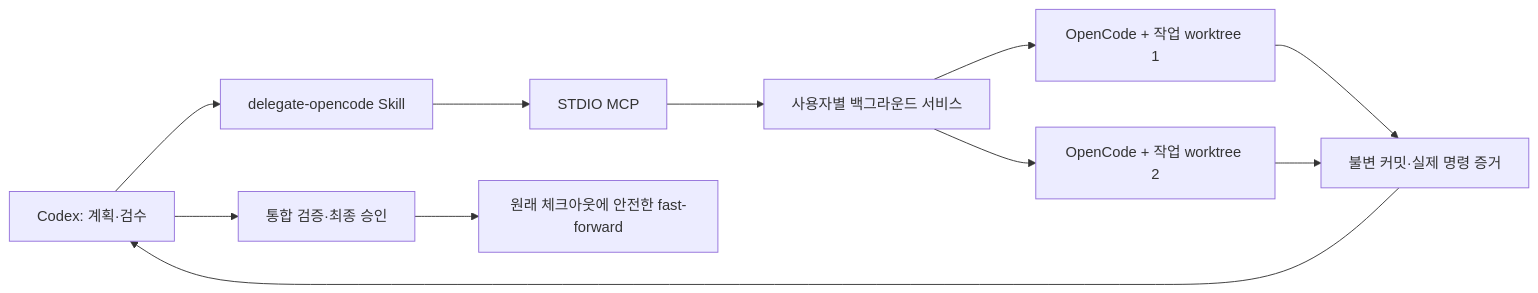
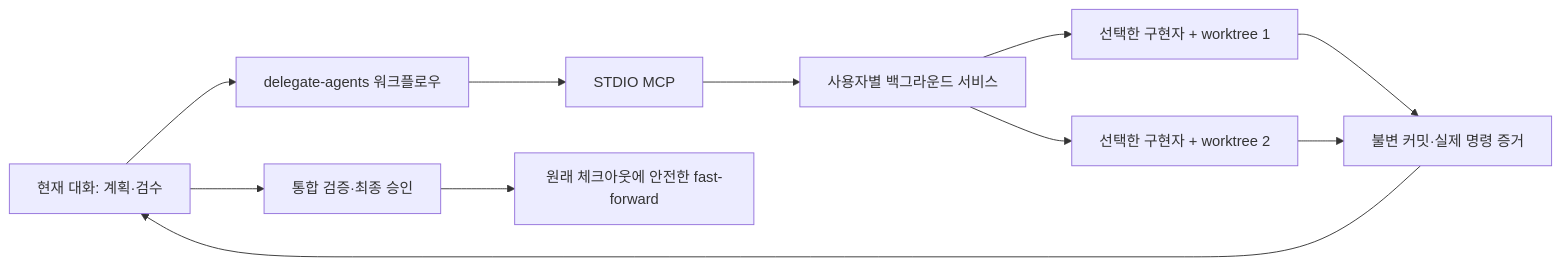
Before and after one commit to youwonsock/tool-utility: the diagram in codex-opencode/README.md, drawn with Mermaid. The commit also changed other lines of this file and 54 other files, not shown here.

````diff
--- a/codex-opencode/README.md
+++ b/codex-opencode/README.md
@@ -5,13 +5,13 @@
 ```mermaid
 flowchart LR
-    C[Codex: 계획·검수] --> S[delegate-opencode Skill]
+    C[현재 대화: 계획·검수] --> S[delegate-agents 워크플로우]
     S --> M[STDIO MCP]
     M --> D[사용자별 백그라운드 서비스]
-    D --> W1[OpenCode + 작업 worktree 1]
-    D --> W2[OpenCode + 작업 worktree 2]
+    D --> W1[선택한 구현자 + worktree 1]
+    D --> W2[선택한 구현자 + worktree 2]
     W1 --> E[불변 커밋·실제 명령 증거]
     W2 --> E
     E --> C
     C --> V[통합 검증·최종 승인]
     V --> F[원래 체크아웃에 안전한 fast-forward]
 ```
````
